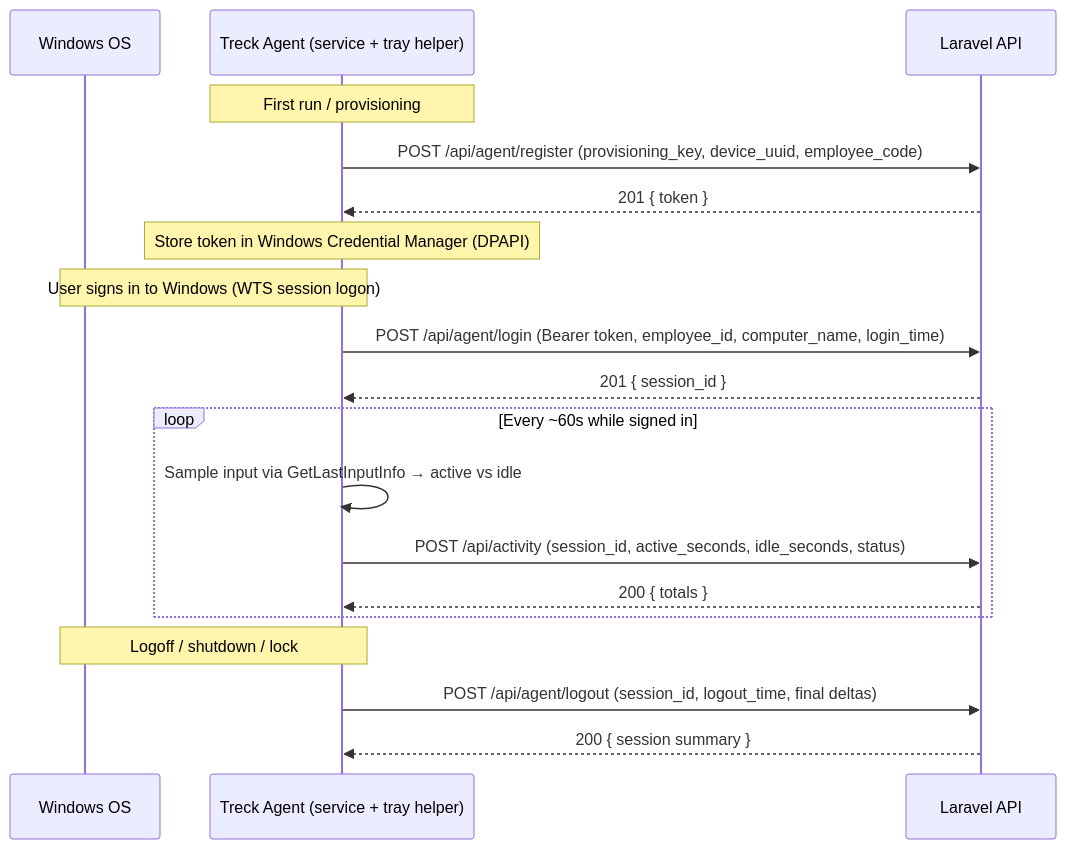
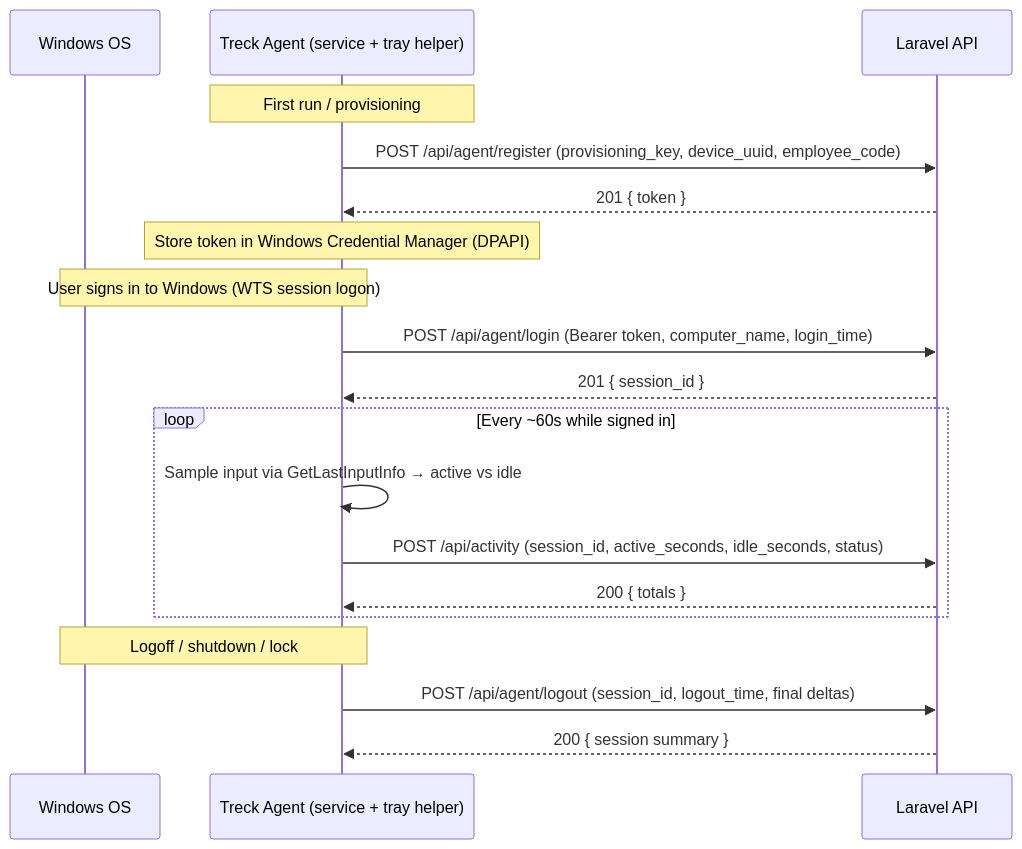
Before and after one commit to techmatterglobals/treck: the diagram in docs/13-agent-api.md, drawn with Mermaid. The commit also changed other lines of this file and 21 other files, not shown here.

````diff
--- a/docs/13-agent-api.md
+++ b/docs/13-agent-api.md
@@ -181,25 +182,25 @@
 ```mermaid
 sequenceDiagram
     participant OS as Windows OS
     participant Agent as Treck Agent (service + tray helper)
     participant API as Laravel API
 
     Note over Agent: First run / provisioning
     Agent->>API: POST /api/agent/register (provisioning_key, device_uuid, employee_code)
     API-->>Agent: 201 { token }
     Note over Agent: Store token in Windows Credential Manager (DPAPI)
 
     Note over OS,Agent: User signs in to Windows (WTS session logon)
-    Agent->>API: POST /api/agent/login (Bearer token, employee_id, computer_name, login_time)
+    Agent->>API: POST /api/agent/login (Bearer token, computer_name, login_time)
     API-->>Agent: 201 { session_id }
 
     loop Every ~60s while signed in
         Agent->>Agent: Sample input via GetLastInputInfo → active vs idle
         Agent->>API: POST /api/activity (session_id, active_seconds, idle_seconds, status)
         API-->>Agent: 200 { totals }
     end
 
     Note over OS,Agent: Logoff / shutdown / lock
     Agent->>API: POST /api/agent/logout (session_id, logout_time, final deltas)
     API-->>Agent: 200 { session summary }
 ```
````
